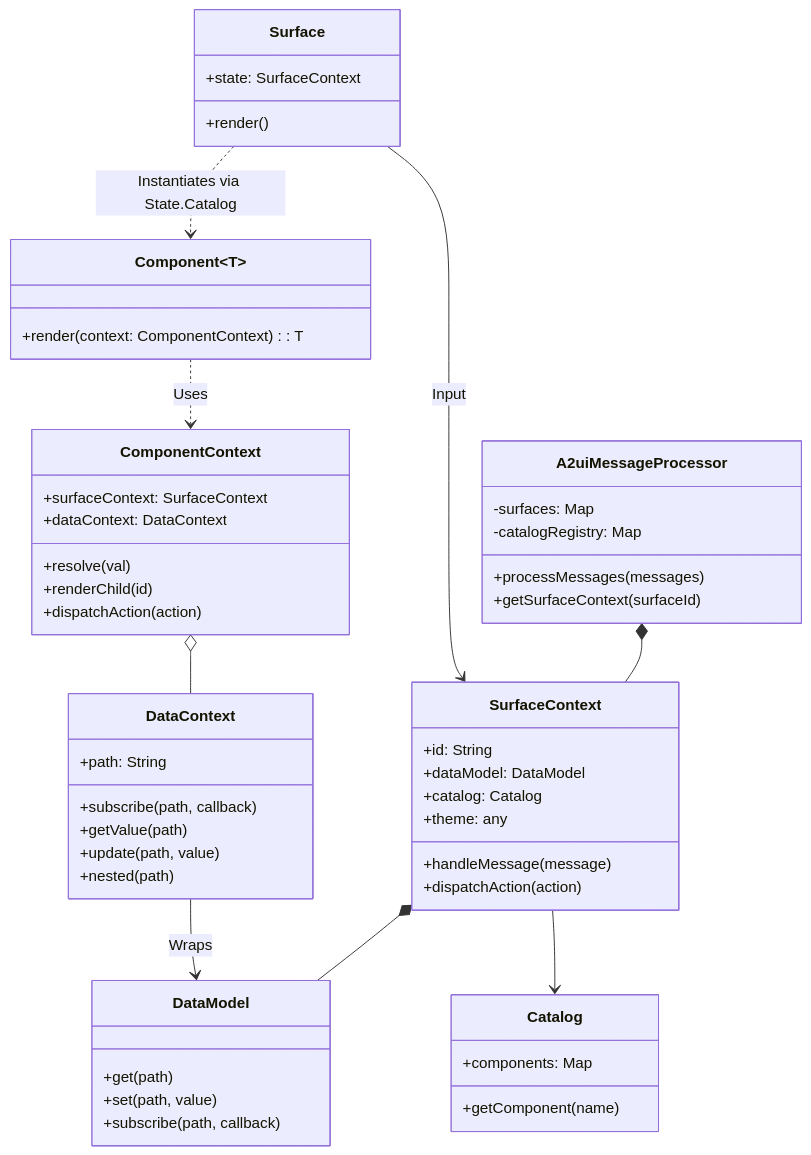
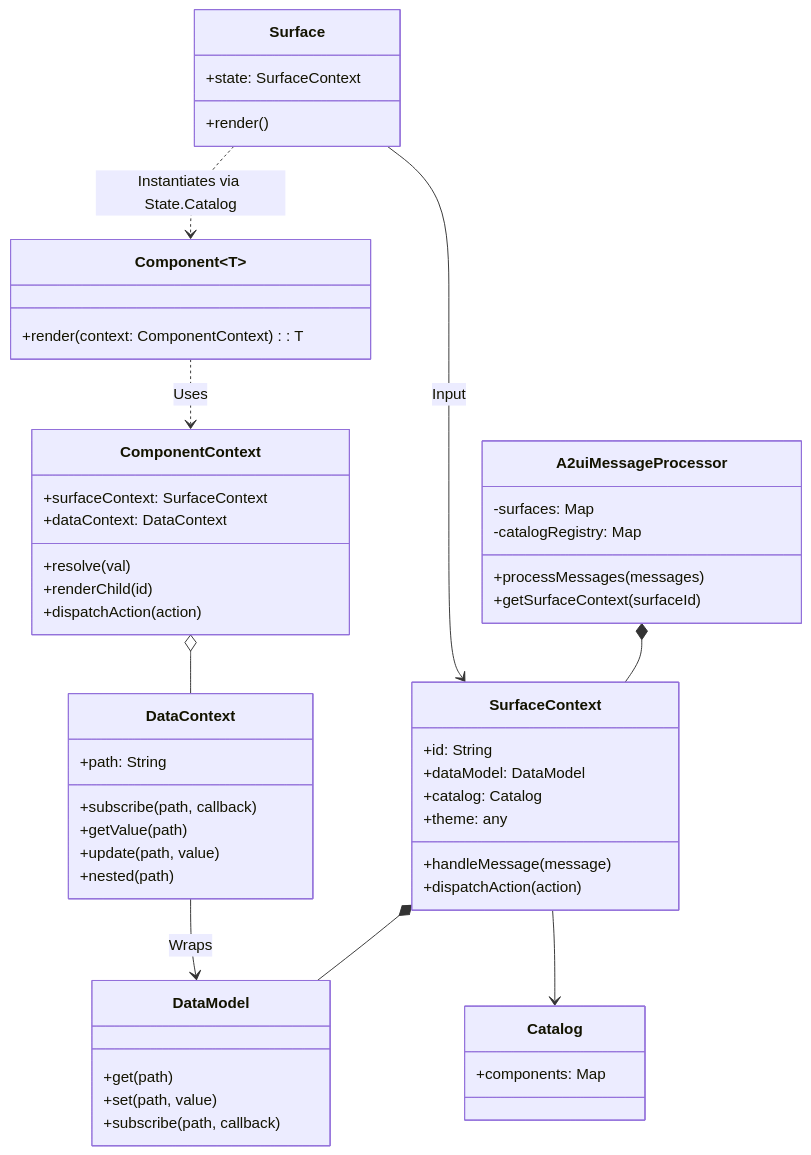
One commit to google/A2UI changed the diagram in specification/v0_9/docs/web_renderers.md. Above: the diagram before and after it, drawn with Mermaid. The commit also changed other lines of this file and 9 other files, not shown here.

Commit message:
Remove getComponent from catalog API

````diff
--- a/specification/v0_9/docs/web_renderers.md
+++ b/specification/v0_9/docs/web_renderers.md
@@ -56,63 +56,62 @@
 ```mermaid
 classDiagram
     class A2uiMessageProcessor {
         +processMessages(messages)
         +getSurfaceContext(surfaceId)
         -surfaces: Map<String, SurfaceContext>
         -catalogRegistry: Map<String, Catalog>
     }
 
     class SurfaceContext {
         +id: String
         +dataModel: DataModel
         +catalog: Catalog
         +theme: any
         +handleMessage(message)
         +dispatchAction(action)
     }
 
     class DataModel {
         +get(path)
         +set(path, value)
         +subscribe(path, callback)
     }
 
     class DataContext {
         +path: String
         +subscribe(path, callback)
         +getValue(path)
         +update(path, value)
         +nested(path)
     }
 
     class Surface {
         +state: SurfaceContext
         +render()
     }
 
     class Catalog {
         +components: Map
-        +getComponent(name)
     }
 
     class Component~T~ {
         +render(context: ComponentContext): T
     }
 
     class ComponentContext {
         +surfaceContext: SurfaceContext
         +dataContext: DataContext
         +resolve(val)
         +renderChild(id)
         +dispatchAction(action)
     }
 
     A2uiMessageProcessor *-- SurfaceContext
     SurfaceContext *-- DataModel
     SurfaceContext --> Catalog
     Surface --> SurfaceContext : Input
     Surface ..> Component : Instantiates via State.Catalog
     Component ..> ComponentContext : Uses
     ComponentContext o-- DataContext
     DataContext --> DataModel : Wraps
 ```
````
